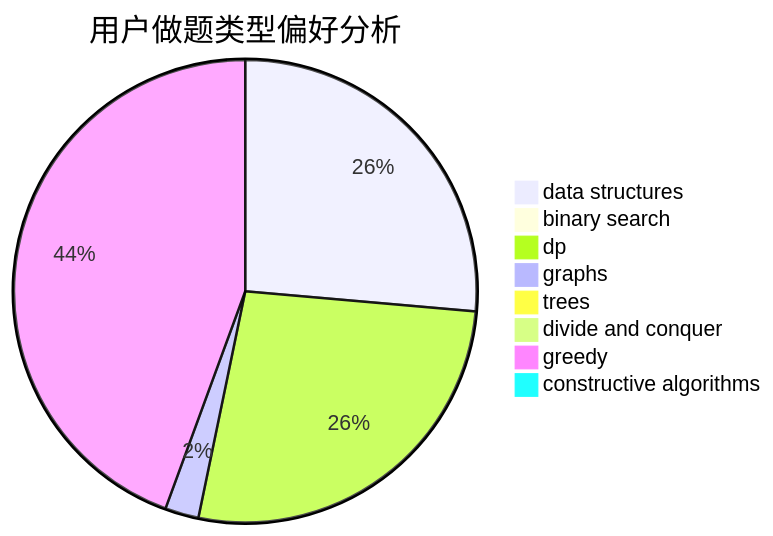
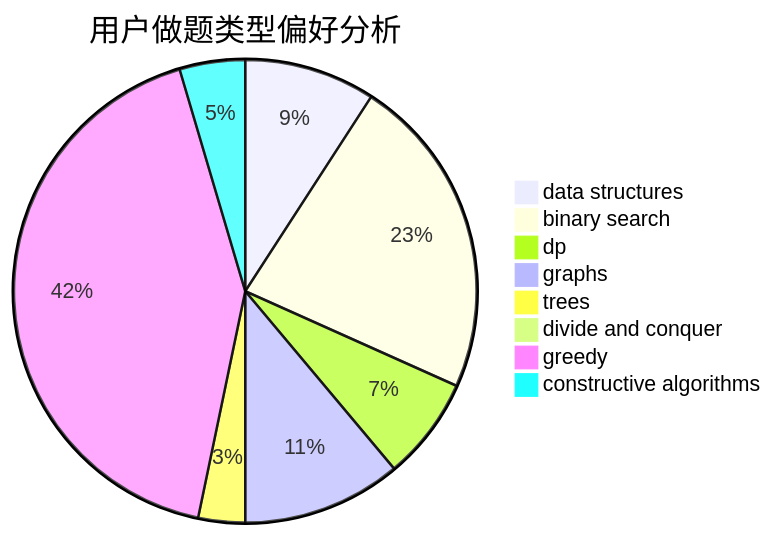
The second of 3 diagrams in docs/user/u1601.md (sherpahu/cfrs.github.io), drawn with Mermaid before and after one commit. The commit also changed other lines of this file and 2770 other files, not shown here.

````diff
--- a/docs/user/u1601.md
+++ b/docs/user/u1601.md
@@ -23,11 +23,11 @@
 ```mermaid
 pie title 用户做题类型偏好分析
-    "data structures" :  337
-    "binary search" :  3
-    "dp" :  343
-    "graphs" :  30
-    "trees" :  7
-    "divide and conquer" :  4
-    "greedy" :  567
-    "constructive algorithms" :  9
+    "data structures" :  28
+    "binary search" :  69
+    "dp" :  22
+    "graphs" :  34
+    "trees" :  10
+    "divide and conquer" :  0
+    "greedy" :  129
+    "constructive algorithms" :  14
 ```
````
